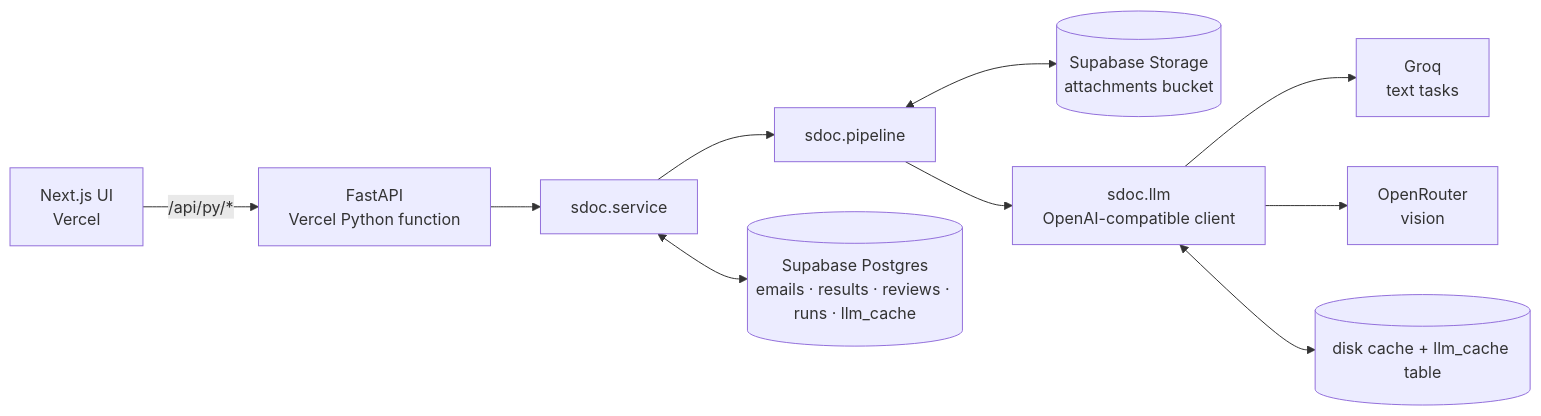
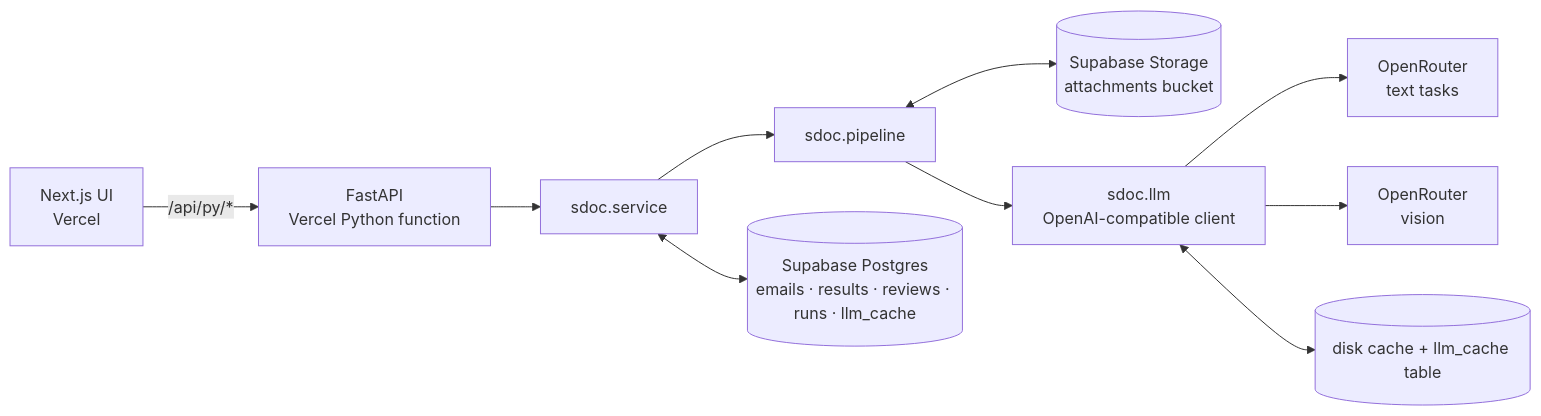
One commit to Eishvar/monash-hackathon changed the diagram in docs/ARCHITECTURE.md. Above: the diagram before and after it, drawn with Mermaid. The commit also changed 43 other files, not shown here.

First line of the commit message:
UI redesign (Shippr) + backend on OpenRouter only

````diff
--- a/docs/ARCHITECTURE.md
+++ b/docs/ARCHITECTURE.md
@@ -4,12 +4,12 @@
 ```mermaid
 flowchart LR
     UI[Next.js UI<br/>Vercel] -->|/api/py/*| API[FastAPI<br/>Vercel Python function]
     API --> SVC[sdoc.service]
     SVC --> PIPE[sdoc.pipeline]
     SVC <--> DB[(Supabase Postgres<br/>emails · results · reviews · runs · llm_cache)]
     PIPE <--> ST[(Supabase Storage<br/>attachments bucket)]
     PIPE --> LLM[sdoc.llm<br/>OpenAI-compatible client]
-    LLM --> G[Groq<br/>text tasks]
+    LLM --> G[OpenRouter<br/>text tasks]
     LLM --> O[OpenRouter<br/>vision]
     LLM <--> CACHE[(disk cache + llm_cache table)]
 ```
````
